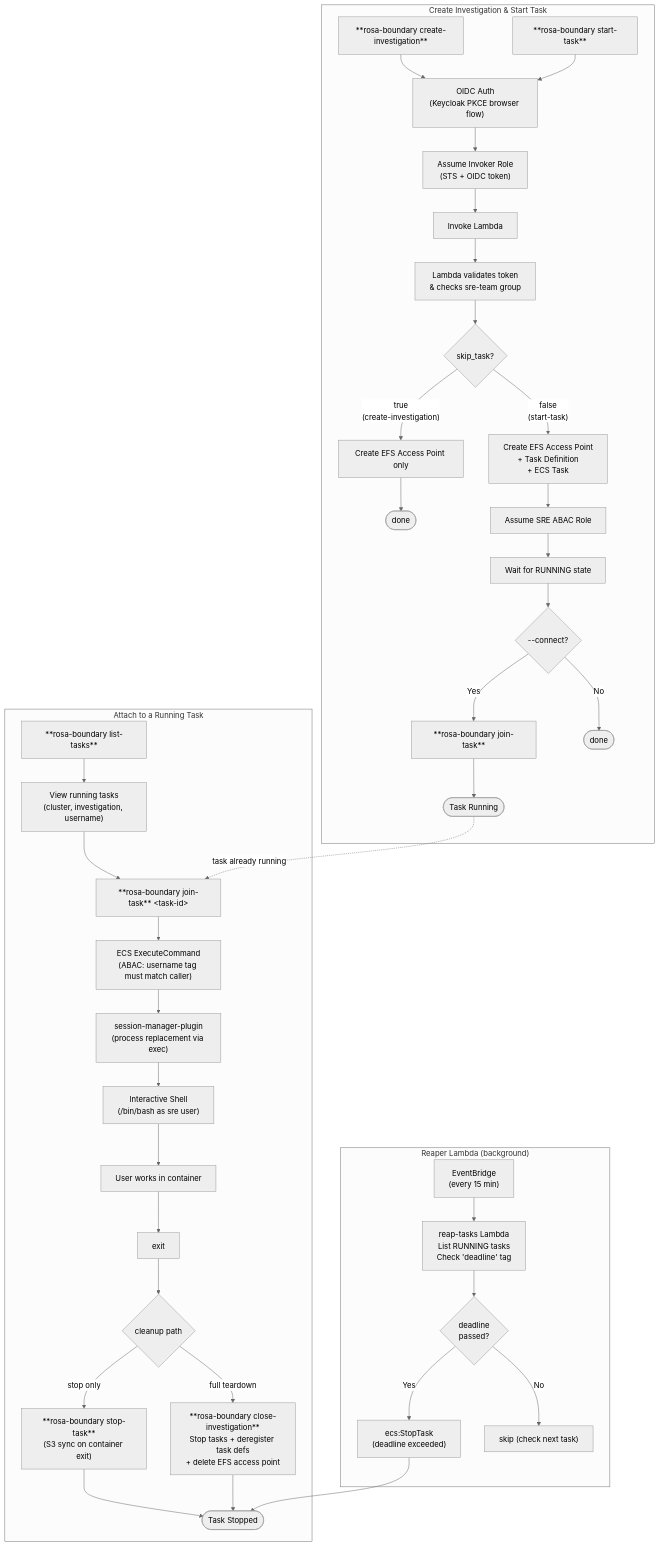
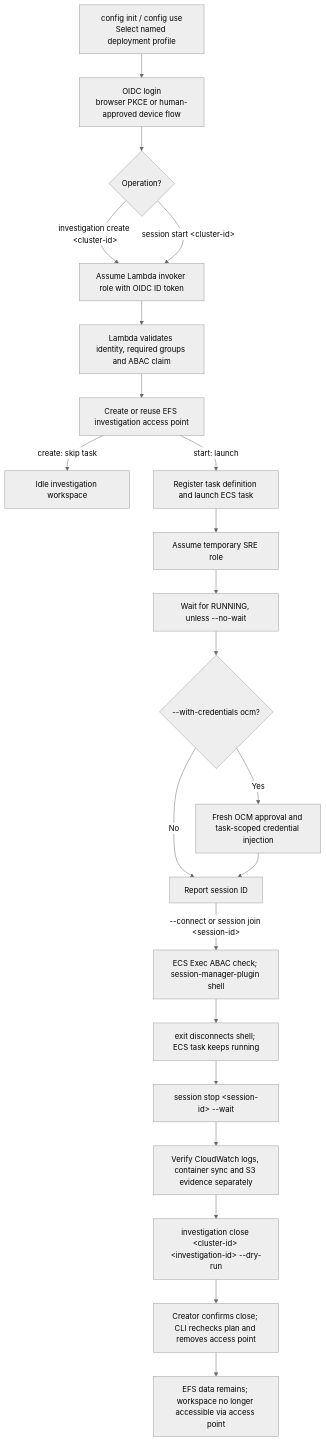
The diagram in docs/workflows.md (openshift-online/rosa-boundary), drawn with Mermaid (neutral theme) before and after one commit. The commit also changed other lines of this file and 37 other files, not shown here.

Commit message:
feat(cli): add named-profile investigation and session commands

````diff
--- a/docs/workflows.md
+++ b/docs/workflows.md
@@ -5,59 +5,24 @@
 ```mermaid
 flowchart TD
-    subgraph "Create Investigation & Start Task"
-        CI["**rosa-boundary create-investigation**"]
-        ST["**rosa-boundary start-task**"]
-
-        CI --> AUTH
-        ST --> AUTH
-
-        AUTH["OIDC Auth\n(Keycloak PKCE browser flow)"]
-        AUTH --> INVOKER["Assume Invoker Role\n(STS + OIDC token)"]
-        INVOKER --> LAMBDA["Invoke Lambda"]
-        LAMBDA --> VALIDATE["Lambda validates token\n& checks sre-team group"]
-        VALIDATE --> SKIP{"skip_task?"}
-
-        SKIP -->|"true\n(create-investigation)"| EFS_ONLY["Create EFS Access Point only"]
-        SKIP -->|"false\n(start-task)"| EFS_TASK["Create EFS Access Point\n+ Task Definition\n+ ECS Task"]
-
-        EFS_ONLY --> DONE1(["done"])
-
-        EFS_TASK --> ABAC["Assume SRE ABAC Role"]
-        ABAC --> WAIT["Wait for RUNNING state"]
-        WAIT --> CONNECT{"--connect?"}
-
-        CONNECT -->|"Yes"| JOIN["**rosa-boundary join-task**"]
-        CONNECT -->|"No"| DONE2(["done"])
-
-        JOIN --> RUNNING(["Task Running"])
-    end
-
-    subgraph "Attach to a Running Task"
-        LT["**rosa-boundary list-tasks**"]
-        LT --> VIEW["View running tasks\n(cluster, investigation, username)"]
-        VIEW --> JT["**rosa-boundary join-task** &lt;task-id&gt;"]
-        JT --> EXEC["ECS ExecuteCommand\n(ABAC: username tag must match caller)"]
-        EXEC --> SMP["session-manager-plugin\n(process replacement via exec)"]
-        SMP --> SHELL["Interactive Shell\n(/bin/bash as sre user)"]
-        SHELL --> WORK["User works in container"]
-        WORK --> EXIT["exit"]
-
-        EXIT --> CLEANUP{"cleanup path"}
-        CLEANUP -->|"stop only"| STOP["**rosa-boundary stop-task**\n(S3 sync on container exit)"]
-        CLEANUP -->|"full teardown"| CLOSE["**rosa-boundary close-investigation**\nStop tasks + deregister task defs\n+ delete EFS access point"]
-
-        STOP --> STOPPED(["Task Stopped"])
-        CLOSE --> STOPPED
-    end
-
-    subgraph "Reaper Lambda (background)"
-        EB["EventBridge\n(every 15 min)"]
-        EB --> REAPER["reap-tasks Lambda\nList RUNNING tasks\nCheck 'deadline' tag"]
-        REAPER --> EXPIRED{"deadline\npassed?"}
-        EXPIRED -->|"Yes"| FORCE_STOP["ecs:StopTask\n(deadline exceeded)"]
-        EXPIRED -->|"No"| SKIP_TASK["skip (check next task)"]
-        FORCE_STOP --> STOPPED
-    end
-
-    RUNNING -.->|"task already running"| JT
+    PROFILE["config init / config use<br/>Select named deployment profile"] --> AUTH["OIDC login<br/>browser PKCE or human-approved device flow"]
+    AUTH --> CREATE{"Operation?"}
+    CREATE -->|"investigation create &lt;cluster-id&gt;"| INVOKER["Assume Lambda invoker role with OIDC ID token"]
+    CREATE -->|"session start &lt;cluster-id&gt;"| INVOKER
+    INVOKER --> LAMBDA["Lambda validates identity, required groups and ABAC claim"]
+    LAMBDA --> EFS["Create or reuse EFS investigation access point"]
+    EFS -->|"create: skip task"| IDLE["Idle investigation workspace"]
+    EFS -->|"start: launch"| TASK["Register task definition and launch ECS task"]
+    TASK --> SRE["Assume temporary SRE role"]
+    SRE --> WAIT["Wait for RUNNING, unless --no-wait"]
+    WAIT --> CRED{"--with-credentials ocm?"}
+    CRED -->|Yes| OCM["Fresh OCM approval and task-scoped credential injection"]
+    CRED -->|No| READY["Report session ID"]
+    OCM --> READY
+    READY -->|"--connect or session join &lt;session-id&gt;"| EXEC["ECS Exec ABAC check; session-manager-plugin shell"]
+    EXEC --> EXIT["exit disconnects shell; ECS task keeps running"]
+    EXIT --> STOP["session stop &lt;session-id&gt; --wait"]
+    STOP --> AUDIT["Verify CloudWatch logs, container sync and S3 evidence separately"]
+    AUDIT --> PLAN["investigation close &lt;cluster-id&gt; &lt;investigation-id&gt; --dry-run"]
+    PLAN --> CLOSE["Creator confirms close; CLI rechecks plan and removes access point"]
+    CLOSE --> IDLEDONE["EFS data remains; workspace no longer accessible via access point"]
 ```
````
